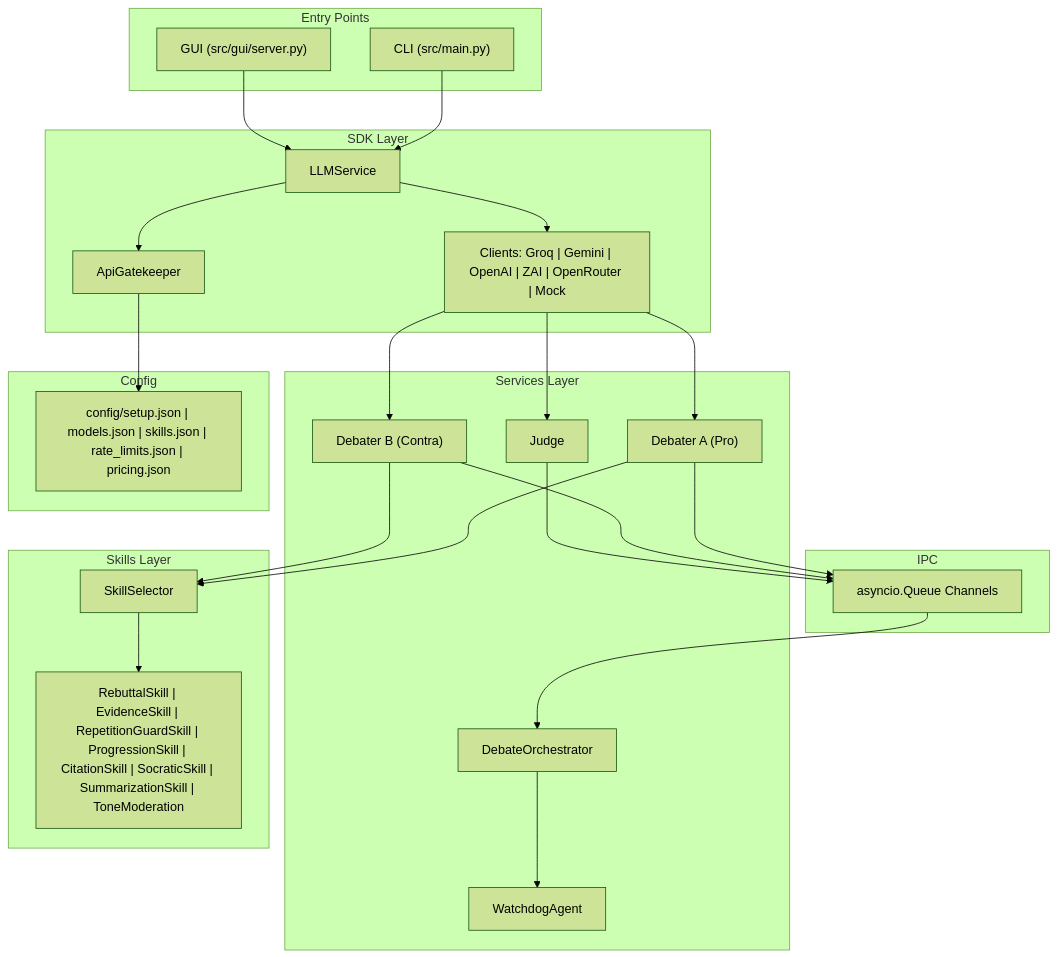
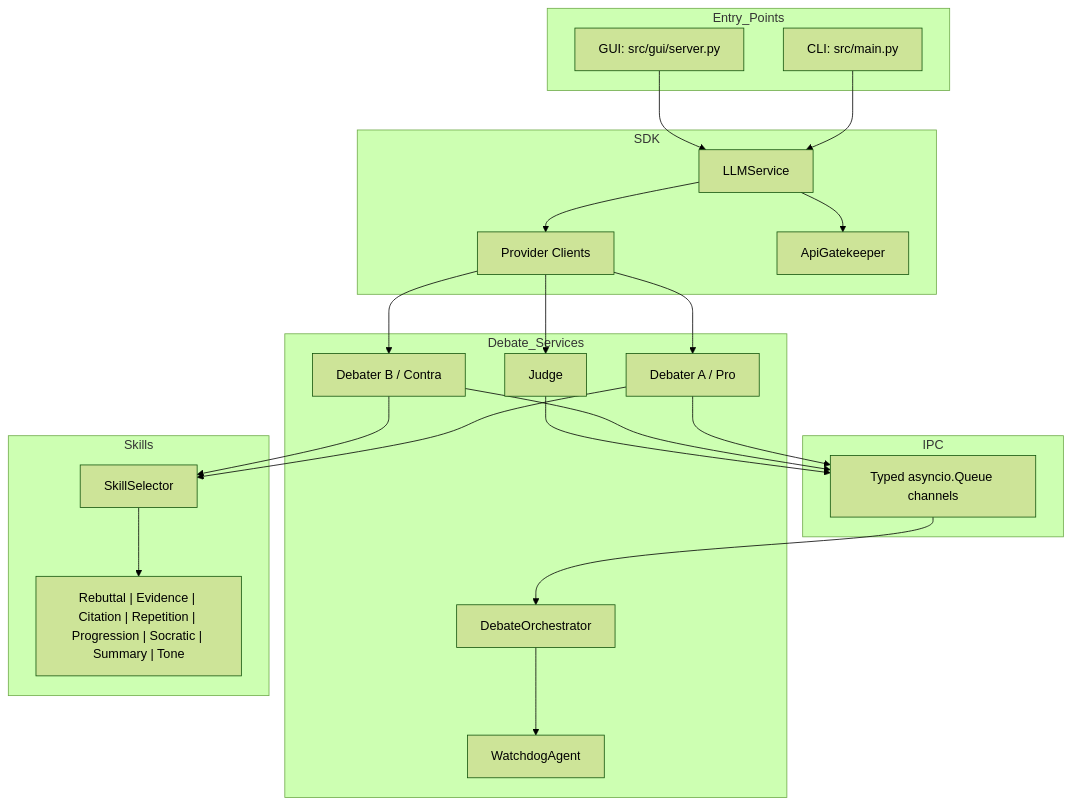
One commit to MohammdS/ai-debate-platform changed the first of 2 diagrams in README.md. Above: the diagram before and after it, drawn with Mermaid (forest theme). The commit also changed other lines of this file and 67 other files, not shown here.

````diff
--- a/README.md
+++ b/README.md
@@ -15,45 +108,41 @@
 ```mermaid
 graph TB
-    subgraph "Entry Points"
-        CLI["CLI (src/main.py)"]
-        GUI["GUI (src/gui/server.py)"]
+    subgraph Entry_Points
+        CLI["CLI: src/main.py"]
+        GUI["GUI: src/gui/server.py"]
     end
-    subgraph "SDK Layer"
+    subgraph SDK
         LLM["LLMService"]
+        Clients["Provider Clients"]
         GK["ApiGatekeeper"]
-        Clients["Clients: Groq | Gemini | OpenAI | ZAI | OpenRouter | Mock"]
     end
-    subgraph "Services Layer"
-        DA["Debater A (Pro)"]
-        DB["Debater B (Contra)"]
+    subgraph Debate_Services
+        A["Debater A / Pro"]
+        B["Debater B / Contra"]
         J["Judge"]
-        Orch["DebateOrchestrator"]
-        WD["WatchdogAgent"]
+        O["DebateOrchestrator"]
+        W["WatchdogAgent"]
     end
-    subgraph "Skills Layer"
+    subgraph Skills
         SS["SkillSelector"]
-        Skills["RebuttalSkill | EvidenceSkill | RepetitionGuardSkill | ProgressionSkill | CitationSkill | SocraticSkill | SummarizationSkill | ToneModeration"]
+        Pool["Rebuttal | Evidence | Citation | Repetition | Progression | Socratic | Summary | Tone"]
     end
-    subgraph "IPC"
-        CH["asyncio.Queue Channels"]
-    end
-    subgraph "Config"
-        CFG["config/setup.json | models.json | skills.json | rate_limits.json | pricing.json"]
+    subgraph IPC
+        Q["Typed asyncio.Queue channels"]
     end
     CLI --> LLM
     GUI --> LLM
+    LLM --> Clients
     LLM --> GK
-    LLM --> Clients
-    Clients --> DA
-    Clients --> DB
+    Clients --> A
+    Clients --> B
     Clients --> J
-    DA --> CH
-    DB --> CH
-    J --> CH
-    CH --> Orch
-    Orch --> WD
-    DA --> SS
-    DB --> SS
-    SS --> Skills
-    GK --> CFG
+    A --> Q
+    B --> Q
+    J --> Q
+    Q --> O
+    O --> W
+    A --> SS
+    B --> SS
+    SS --> Pool
 ```
````
